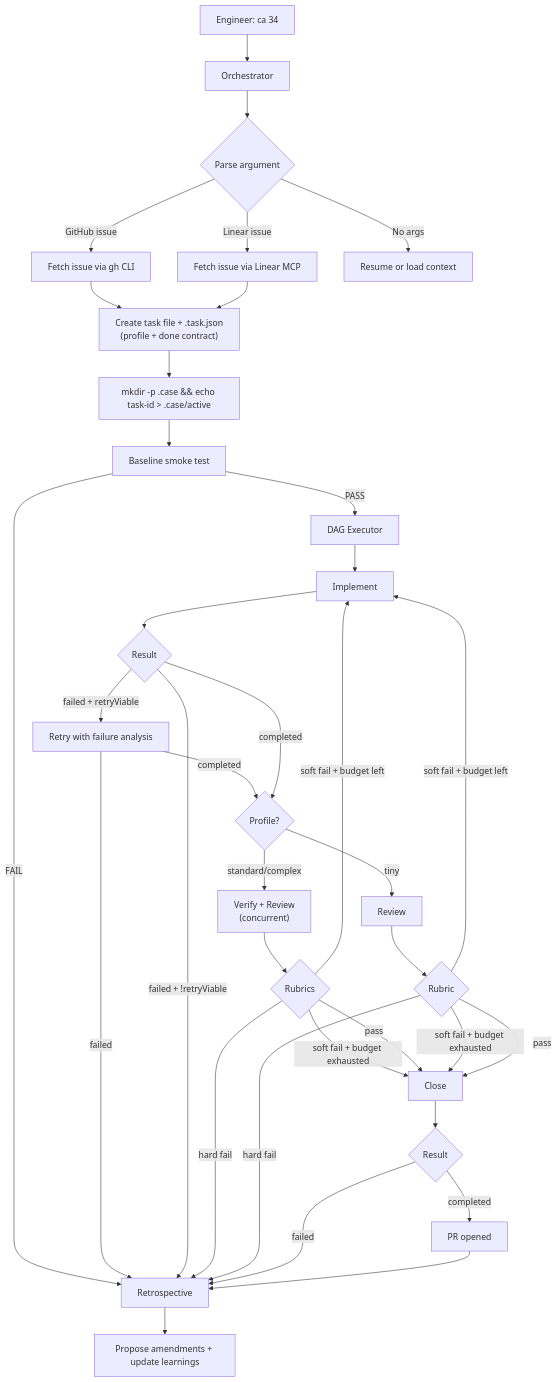
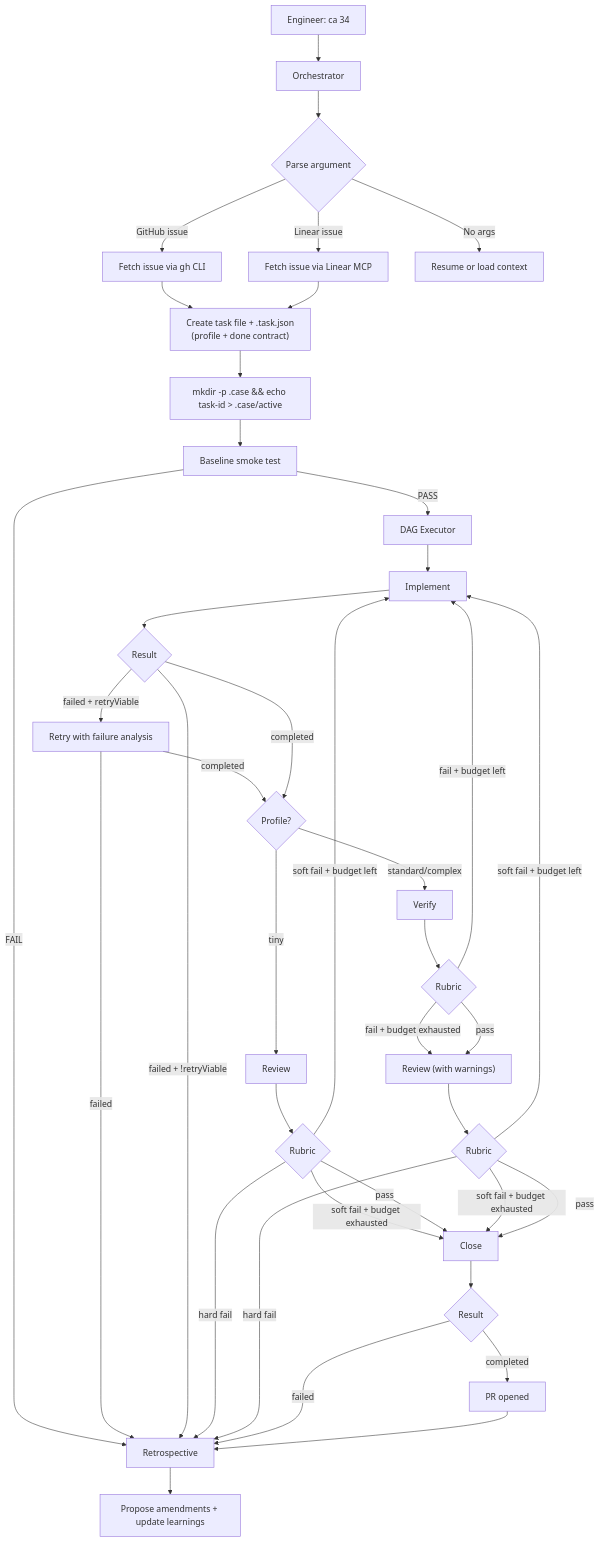
One commit to workos/case changed the first of 2 diagrams in README.md. Above: the diagram before and after it, drawn with Mermaid. The commit also changed other lines of this file and 86 other files, not shown here.

````diff
--- a/README.md
+++ b/README.md
@@ -56,45 +82,50 @@
 ```mermaid
 graph TD
     A["Engineer: ca 34"] --> B["Orchestrator"]
     B --> C{Parse argument}
     C -->|GitHub issue| D["Fetch issue via gh CLI"]
     C -->|Linear issue| E["Fetch issue via Linear MCP"]
     C -->|No args| F["Resume or load context"]
 
     D --> G["Create task file + .task.json\n(profile + done contract)"]
     E --> G
     G --> H["mkdir -p .case && echo task-id > .case/active"]
     H --> I["Baseline smoke test"]
     I -->|FAIL| RETRO["Retrospective"]
     I -->|PASS| ORCH["DAG Executor"]
 
     ORCH --> J["Implement"]
     J --> K{"Result"}
     K -->|failed + retryViable| J2["Retry with failure analysis"]
     J2 -->|failed| RETRO
     J2 -->|completed| L{"Profile?"}
     K -->|completed| L
     K -->|failed + !retryViable| RETRO
 
     L -->|tiny| N["Review"]
-    L -->|standard/complex| MN["Verify + Review\n(concurrent)"]
+    L -->|standard/complex| M["Verify"]
 
-    MN --> MNR{"Rubrics"}
-    MNR -->|hard fail| RETRO
-    MNR -->|soft fail + budget left| J
-    MNR -->|soft fail + budget exhausted| P["Close"]
-    MNR -->|pass| P
+    M --> MR{"Rubric"}
+    MR -->|fail + budget left| J
+    MR -->|fail + budget exhausted| N2["Review (with warnings)"]
+    MR -->|pass| N2
 
     N --> O{"Rubric"}
     O -->|hard fail| RETRO
     O -->|soft fail + budget left| J
-    O -->|soft fail + budget exhausted| P
+    O -->|soft fail + budget exhausted| P["Close"]
     O -->|pass| P
+
+    N2 --> O2{"Rubric"}
+    O2 -->|hard fail| RETRO
+    O2 -->|soft fail + budget left| J
+    O2 -->|soft fail + budget exhausted| P
+    O2 -->|pass| P
 
     P --> Q{"Result"}
     Q -->|failed| RETRO
     Q -->|completed| R["PR opened"]
 
     R --> RETRO
     RETRO --> S["Propose amendments + update learnings"]
 ```
````
